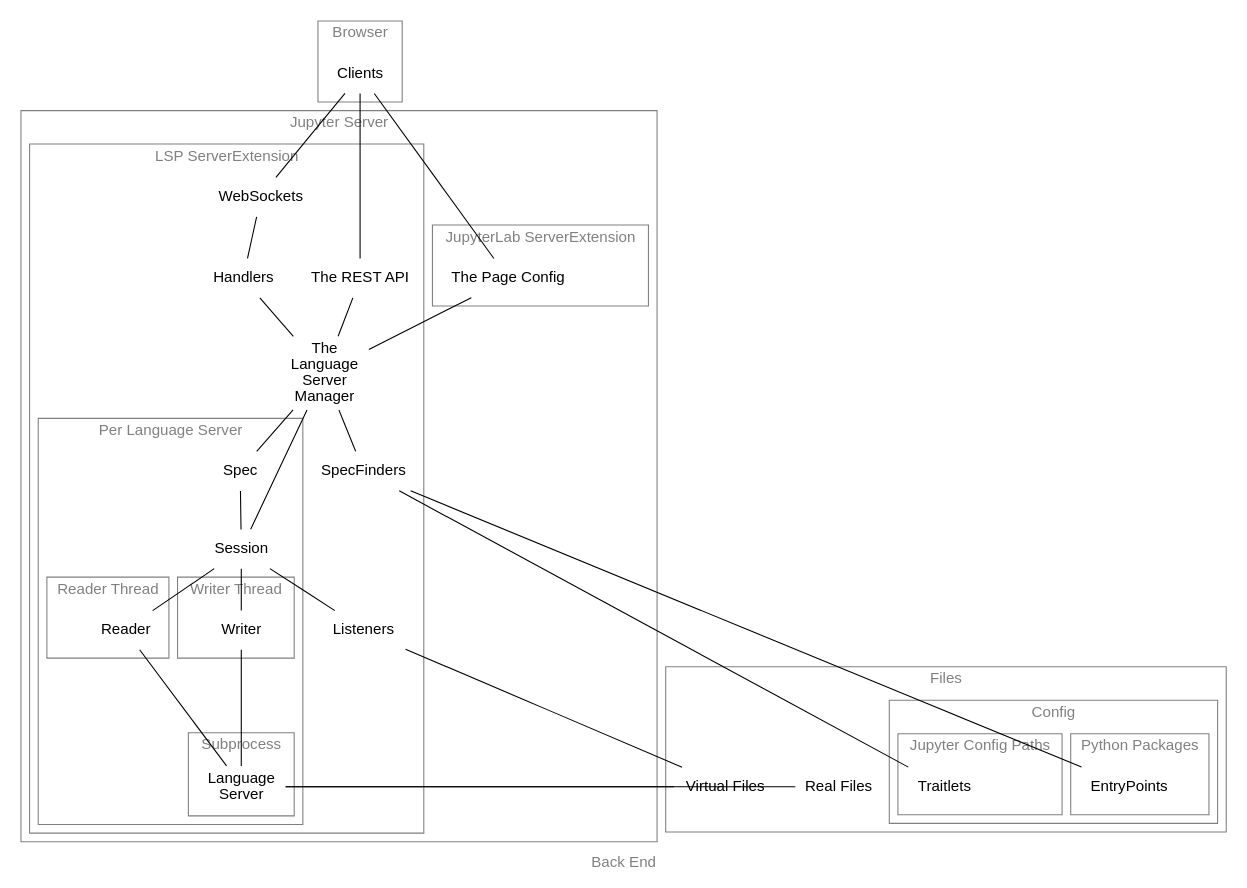
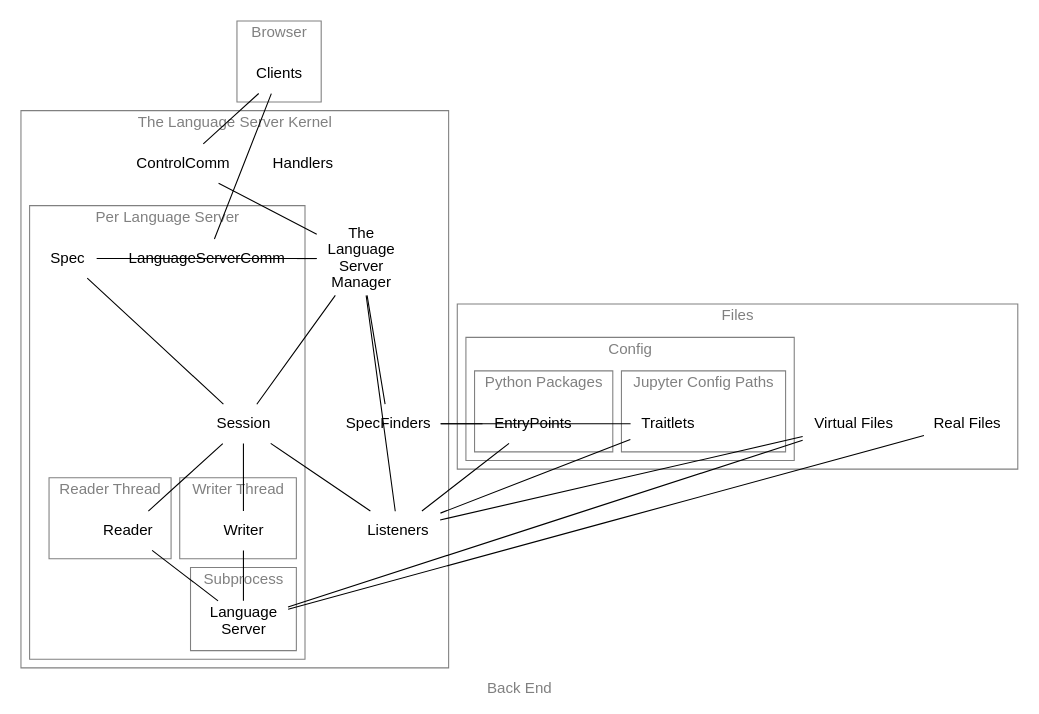
The diagram in docs/dot/as-is/backend.dot (jupyter-lsp/jupyterlab-lsp), drawn with Graphviz before and after one commit. The commit also changed 1 other file, not shown here.

```diff
--- a/docs/dot/as-is/backend.dot
+++ b/docs/dot/as-is/backend.dot
@@ -1,62 +1,56 @@
 graph backend {
     label="Back End"
     splines="line"
     fontname="sans-serif"
     node[shape=none fontname="sans-serif"]
     edge[fontname="sans-serif"]
     graph[fontcolor=grey color=grey]
 
     subgraph cluster_browser {
         label=Browser
         Clients
     }
-    
-    subgraph cluster_notebook { label="Jupyter Server"
-        subgraph cluster_lsp { label="LSP ServerExtension"
-            Manager[label="The\nLanguage\nServer\nManager"]
-            Handlers    
-            WebSockets
-            SpecFinders
-            subgraph cluster_lsp { label="Per Language Server"
-                Spec
-                Session
-                subgraph cluster_read_thread { label="Reader Thread"
-                    Reader
-                }
-                subgraph cluster_write_thread { label="Writer Thread"
-                    Writer
-                }
-                subgraph cluster_ls_process { label="Subprocess"
-                    LanguageServer[label="Language\nServer"]
-                }
+
+    subgraph cluster_kernel { label="The Language Server Kernel"
+        Manager[label="The\nLanguage\nServer\nManager"]
+        Handlers
+        ControlComm
+        SpecFinders
+        subgraph cluster_lsp { label="Per Language Server"
+            LanguageServerComm
+            Spec
+            Session
+            subgraph cluster_read_thread { label="Reader Thread"
+                Reader
             }
-            Listeners
-            RestAPI[label="The REST API"]
+            subgraph cluster_write_thread { label="Writer Thread"
+                Writer
+            }
+            subgraph cluster_ls_process { label="Subprocess"
+                LanguageServer[label="Language\nServer"]
+            }
         }
-        subgraph cluster_lab_ext { label="JupyterLab ServerExtension"
-            PageConfig[label="The Page Config"]
-        }
+        Listeners
     }
 
     subgraph cluster_files { label="Files"
         RealFiles[label="Real Files"]
         VirtualFiles[label="Virtual Files"]
         subgraph cluster_config { label="Config"
             subgraph cluster_jupyter_cfg { label="Jupyter Config Paths"
                 Traitlets
             }
             subgraph cluster_python_pkgs { label="Python Packages"
                 EntryPoints
             }
         }
     }
-    
-    Clients -- {RestAPI PageConfig} -- Manager
-    Clients -- WebSockets -- Handlers -- Manager
+
+    Clients -- {ControlComm LanguageServerComm} -- Manager
     Session -- {Reader Writer} -- LanguageServer
-    {Manager Traitlets EntryPoints} -- SpecFinders 
+    {Manager Traitlets EntryPoints} -- {SpecFinders Listeners}
     Manager -- {Spec Session}
     Spec -- Session
     Session -- Listeners -- VirtualFiles
     LanguageServer -- {RealFiles VirtualFiles}
 }
```
